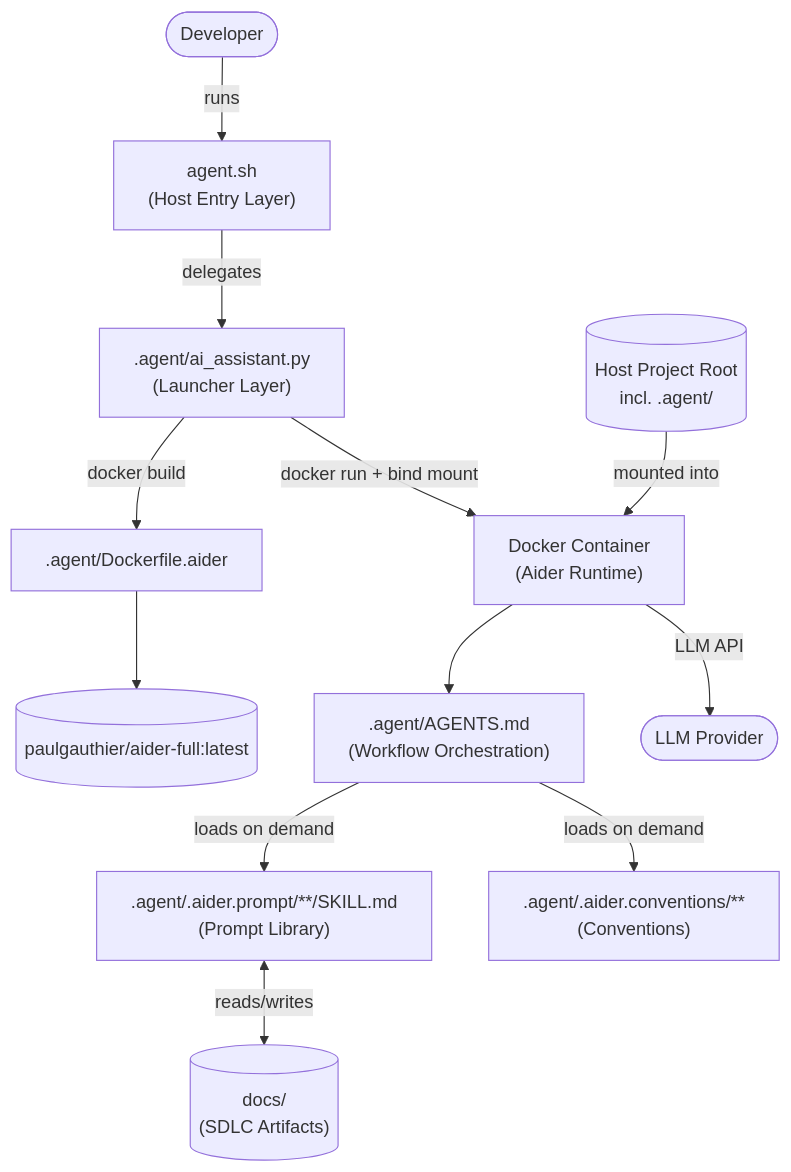
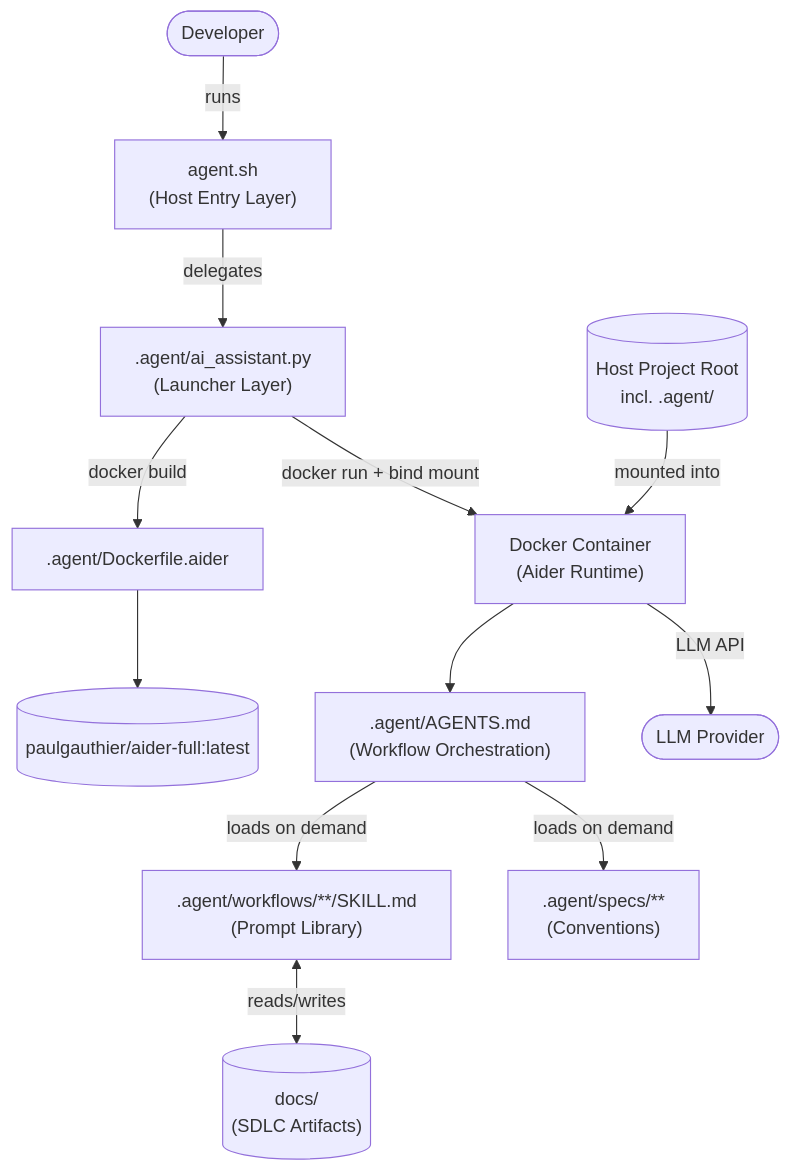
Before and after one commit to daveonche/ai_assistant: the diagram in docs/architecture/diagrams/architecture-overview.mmd, drawn with Mermaid. The commit also changed 213 other files, not shown here.

Commit message:
refactor: rename .aider.conventions/.aider.prompt to specs/workflows

```diff
--- a/docs/architecture/diagrams/architecture-overview.mmd
+++ b/docs/architecture/diagrams/architecture-overview.mmd
@@ -1,12 +1,12 @@
 flowchart TD
     User([Developer]) -->|runs| SH["agent.sh<br>(Host Entry Layer)"]
     SH -->|delegates| PY[".agent/ai_assistant.py<br>(Launcher Layer)"]
     PY -->|docker build| DF[".agent/Dockerfile.aider"]
     DF --> IMG[("paulgauthier/aider-full:latest")]
     PY -->|docker run + bind mount| CT["Docker Container<br>(Aider Runtime)"]
     PROJ[("Host Project Root<br>incl. .agent/")] -->|mounted into| CT
     CT --> ORCH[".agent/AGENTS.md<br>(Workflow Orchestration)"]
-    ORCH -->|loads on demand| PL[".agent/.aider.prompt/**/SKILL.md<br>(Prompt Library)"]
-    ORCH -->|loads on demand| CV[".agent/.aider.conventions/**<br>(Conventions)"]
+    ORCH -->|loads on demand| PL[".agent/workflows/**/SKILL.md<br>(Prompt Library)"]
+    ORCH -->|loads on demand| CV[".agent/specs/**<br>(Conventions)"]
     PL <-->|reads/writes| DOCS[("docs/<br>(SDLC Artifacts)")]
     CT -->|LLM API| LLM([LLM Provider])
```
